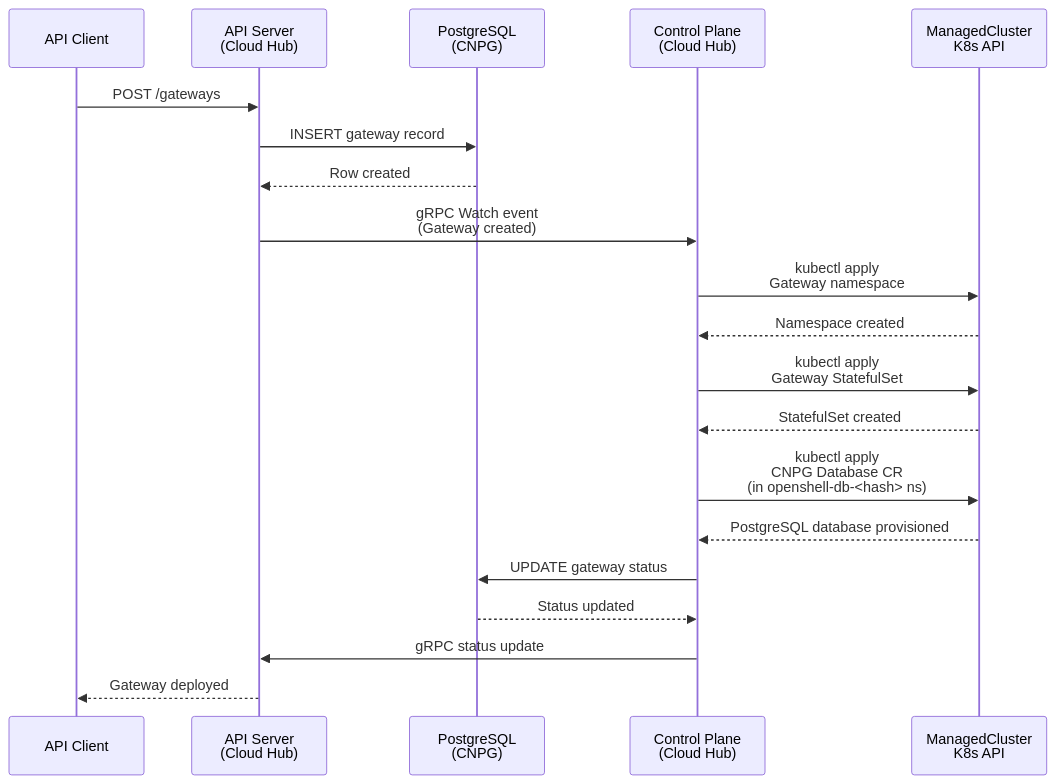
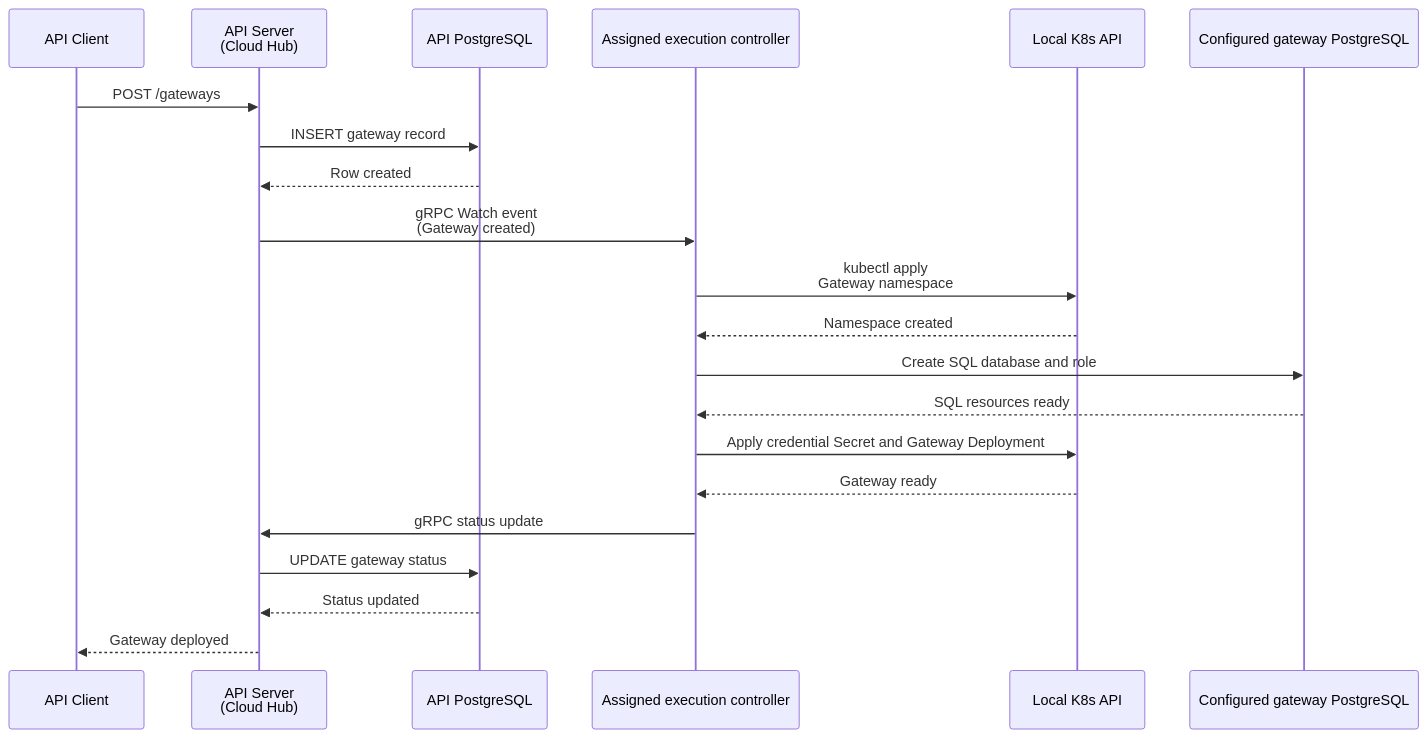
Before and after one commit to openshift-online/hypershell: the fourth of 8 diagrams in specs/platform/global-architecture.spec.md, drawn with Mermaid. The commit also changed other lines of this file and 22 other files, not shown here.

Commit message:
docs(spec): replace managed database contracts

````diff
--- a/specs/platform/global-architecture.spec.md
+++ b/specs/platform/global-architecture.spec.md
@@ -230,23 +239,24 @@
 ```mermaid
 sequenceDiagram
     participant User as API Client
     participant API as API Server<br/>(Cloud Hub)
-    participant DB as PostgreSQL<br/>(CNPG)
-    participant CP as Control Plane<br/>(Cloud Hub)
-    participant MC as ManagedCluster<br/>K8s API
+    participant DB as API PostgreSQL
+    participant CP as Assigned execution controller
+    participant MC as Local K8s API
+    participant PG as Configured gateway PostgreSQL
 
     User->>API: POST /gateways
     API->>DB: INSERT gateway record
     DB-->>API: Row created
     API->>CP: gRPC Watch event<br/>(Gateway created)
     CP->>MC: kubectl apply<br/>Gateway namespace
     MC-->>CP: Namespace created
-    CP->>MC: kubectl apply<br/>Gateway StatefulSet
-    MC-->>CP: StatefulSet created
-    CP->>MC: kubectl apply<br/>CNPG Database CR<br/>(in openshell-db-<hash> ns)
-    MC-->>CP: PostgreSQL database provisioned
-    CP->>DB: UPDATE gateway status
-    DB-->>CP: Status updated
+    CP->>PG: Create SQL database and role
+    PG-->>CP: SQL resources ready
+    CP->>MC: Apply credential Secret and Gateway Deployment
+    MC-->>CP: Gateway ready
     CP->>API: gRPC status update
+    API->>DB: UPDATE gateway status
+    DB-->>API: Status updated
     API-->>User: Gateway deployed
 ```
````
